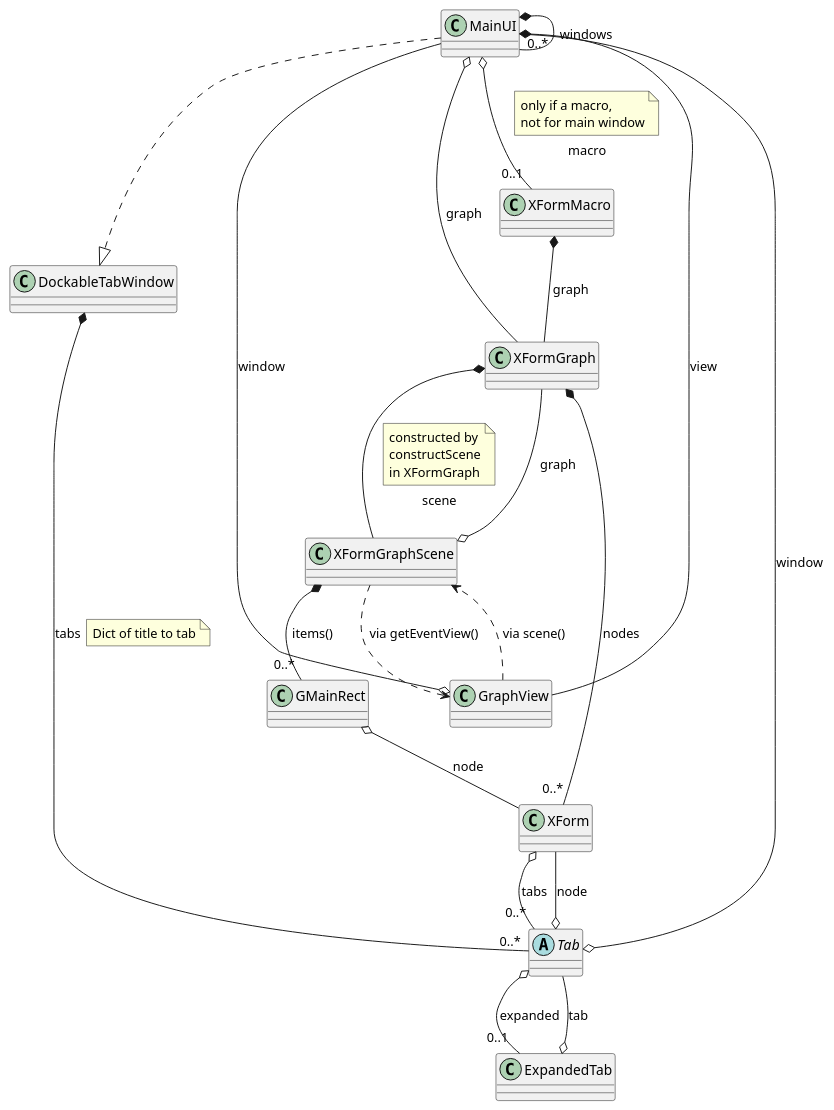
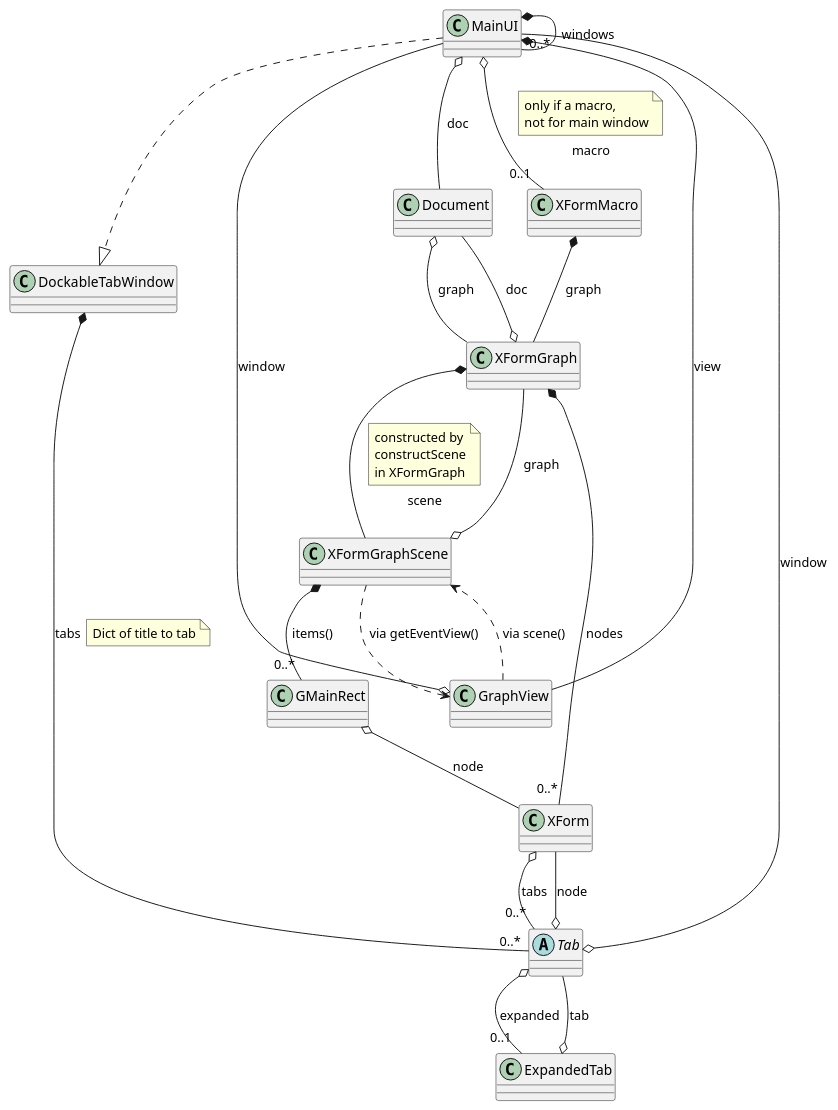
Before and after one commit to AU-ExoMars/PCOT: the diagram in docs/ui.plantuml, drawn with PlantUML. The commit also changed 8 other files, not shown here.

```diff
--- a/docs/ui.plantuml
+++ b/docs/ui.plantuml
@@ -1,52 +1,56 @@
 @startuml
 skinparam classAttributeIconSize 0
 
 'left to right direction
 
 MainUI *-- "0..*" MainUI : windows
 
-MainUI o-- XFormGraph : graph
+MainUI o-- Document : doc
+
+XFormGraph o-- Document : doc
+Document o-- XFormGraph : graph
+
 
 XFormGraph *-- XFormGraphScene : scene
 note top on link
 constructed by
 constructScene
 in XFormGraph
 end note
 
 MainUI o-- "0..1" XFormMacro : macro
 note top on link
 only if a macro,
 not for main window
 end note
 
 XFormMacro *-- XFormGraph : graph
 
 XFormGraphScene *-- "0..*" GMainRect : items()
 GMainRect o-- XForm : node
 XFormGraph *-- "0..*" XForm : nodes
 
 
 MainUI *-- GraphView : view
 GraphView o-- MainUI : window
 GraphView ..> XFormGraphScene : via scene()
 XFormGraphScene ..> GraphView : via getEventView()
 XFormGraphScene o-- XFormGraph : graph
 
 MainUI ..|> DockableTabWindow
 
 DockableTabWindow *-- "0..*" Tab : tabs
 note right on link
 Dict of title to tab
 end note
 
 abstract class Tab {
 }
 
 Tab o-- XForm : node
 XForm o-- "0..*" Tab : tabs
 Tab o-- MainUI : window
 ExpandedTab o-- Tab : tab
 Tab o-- "0..1" ExpandedTab : expanded
 
 @enduml
```
